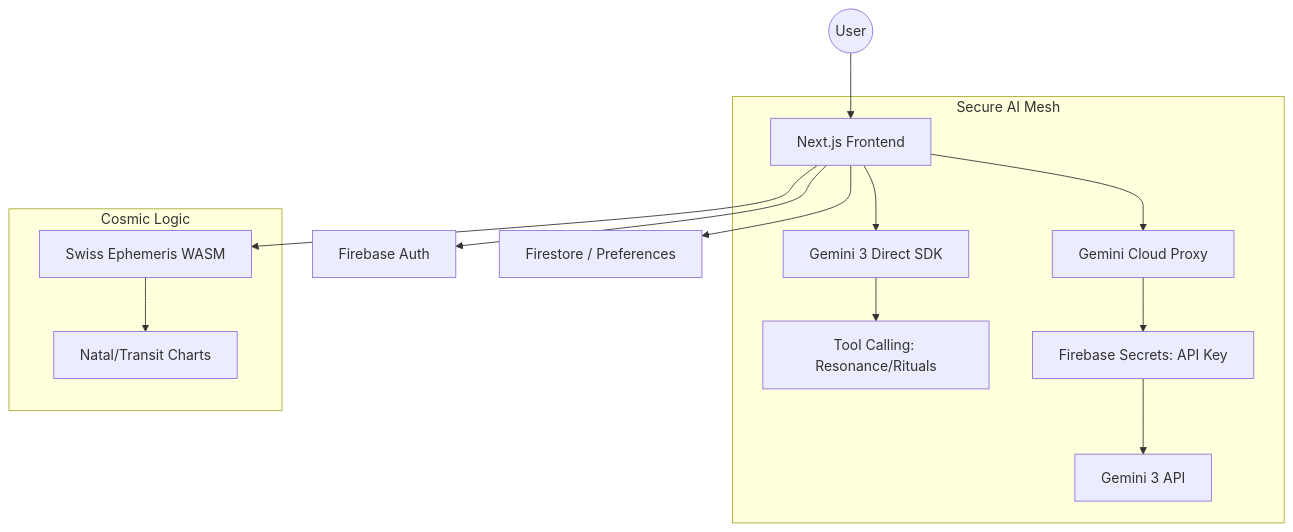
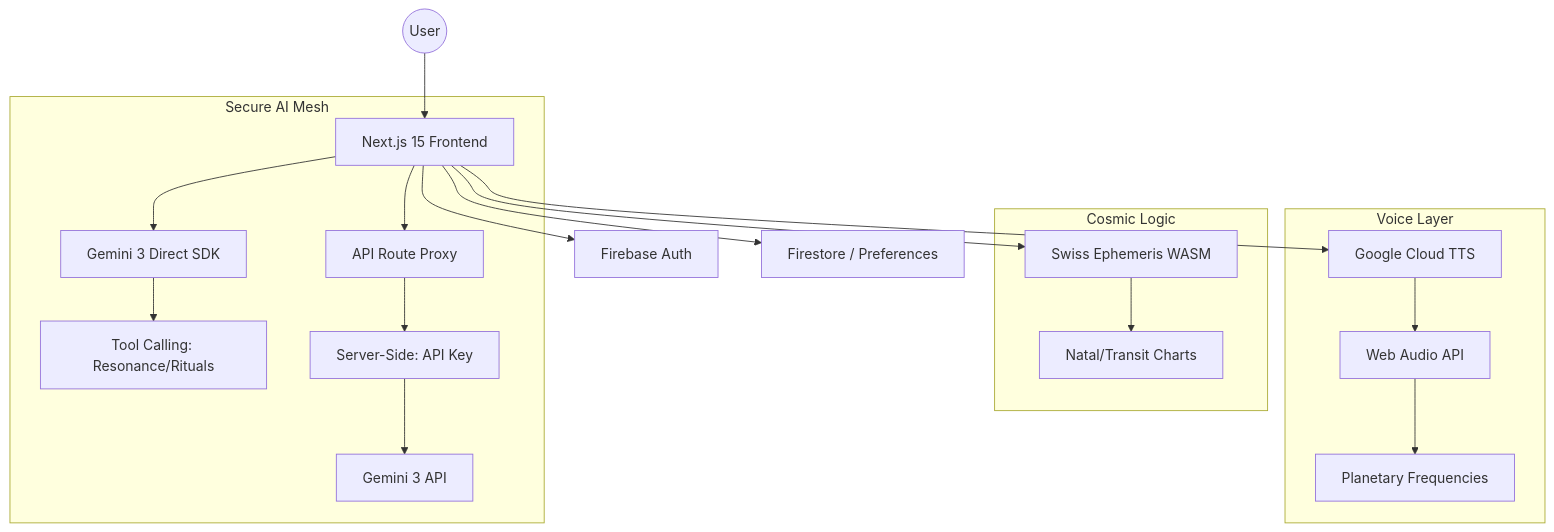
The diagram in README.md (estevanhernandez-stack-ed/Celestia3), drawn with Mermaid before and after one commit. The commit also changed other lines of this file, not shown here.

Commit message:
docs: Enhance README for hackathon judges with feature showcase and architecture

````diff
--- a/README.md
+++ b/README.md
@@ -26,19 +84,25 @@
 ```mermaid
 graph TD
-    User((User)) --> Client[Next.js Frontend]
+    User((User)) --> Client[Next.js 15 Frontend]
     Client --> SDK[Gemini 3 Direct SDK]
     Client --> Auth[Firebase Auth]
     Client --> Store[Firestore / Preferences]
     
     subgraph "Secure AI Mesh"
     SDK --> Tools[Tool Calling: Resonance/Rituals]
-    Client --> Proxy[Gemini Cloud Proxy]
-    Proxy --> Secret[Firebase Secrets: API Key]
+    Client --> Proxy[API Route Proxy]
+    Proxy --> Secret[Server-Side: API Key]
     Secret --> G3[Gemini 3 API]
     end
     
     subgraph "Cosmic Logic"
     Client --> Swiss[Swiss Ephemeris WASM]
     Swiss --> Natal[Natal/Transit Charts]
     end
+
+    subgraph "Voice Layer"
+    Client --> TTS[Google Cloud TTS]
+    TTS --> Audio[Web Audio API]
+    Audio --> Resonance[Planetary Frequencies]
+    end
 ```
````
